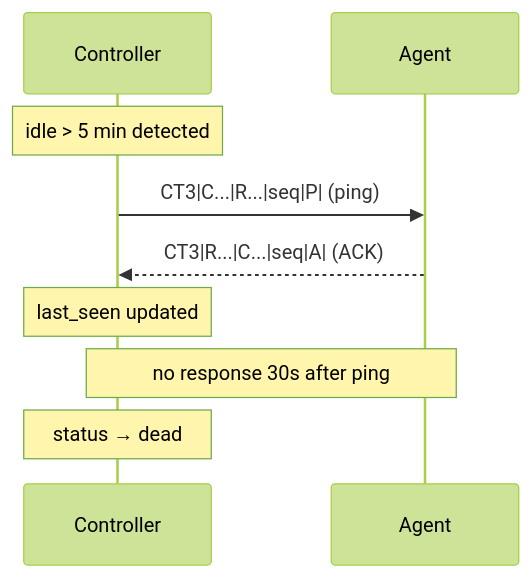
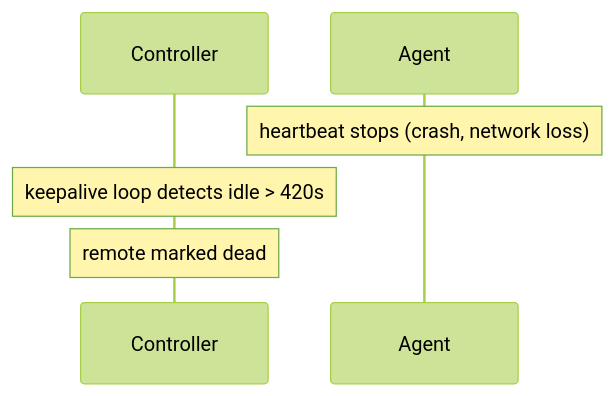
The fourth of 4 diagrams in README.md (jordi-murgo/cliptunnel-mcp), drawn with Mermaid (forest theme) before and after one commit. The commit also changed other lines of this file, not shown here.

Commit message:
docs: fix keepalive section in README
The keepalive section showed the Controller sending pings to remotes
and marking them dead after 30s without response. The actual behavior
is simpler: the keepalive loop monitors heartbeat-driven last_seen
timestamps and marks remotes dead after ~420s (3.5x heartbeat interval)
with no pings sent. Channel-level keepalive (WS ping/pong, SSE) is
per-transport.

````diff
--- a/README.md
+++ b/README.md
@@ -123,13 +125,9 @@
 ```mermaid
 sequenceDiagram
     participant C as Controller
     participant A as Agent
 
-    Note over C: idle > 5 min detected
-    C->>A: CT3|C...|R...|seq|P| (ping)
-    A-->>C: CT3|R...|C...|seq|A| (ACK)
-    Note over C: last_seen updated
-
-    Note over C,A: no response 30s after ping
-    Note over C: status → dead
+    Note over A: heartbeat stops (crash, network loss)
+    Note over C: keepalive loop detects idle > 420s
+    Note over C: remote marked dead
 ```
````
